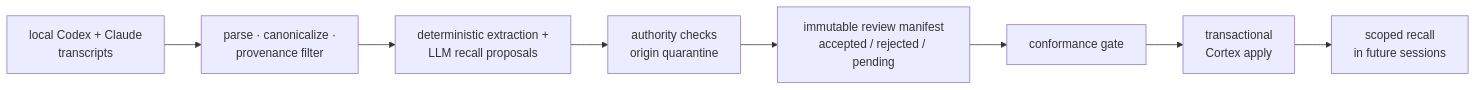
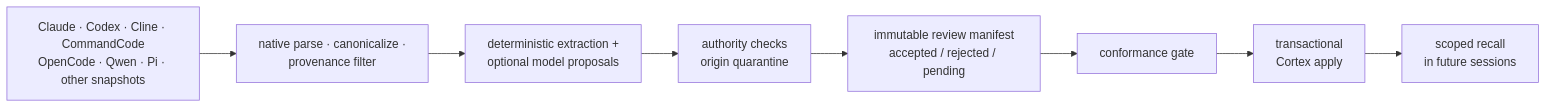
Before and after one commit to Orthic-Labs/Membrane: the diagram in adapt/README.md, drawn with Mermaid. The commit also changed other lines of this file and 121 other files, not shown here.

````diff
--- a/adapt/README.md
+++ b/adapt/README.md
@@ -15,9 +17,9 @@
 ```mermaid
 flowchart LR
-    T[local Codex + Claude<br/>transcripts] --> E[parse · canonicalize ·<br/>provenance filter]
-    E --> S[deterministic extraction +<br/>LLM recall proposals]
+    T[Claude · Codex · Cline · CommandCode<br/>OpenCode · Qwen · Pi · other snapshots] --> E[native parse · canonicalize ·<br/>provenance filter]
+    E --> S[deterministic extraction +<br/>optional model proposals]
     S --> A[authority checks<br/>origin quarantine]
     A --> M[immutable review manifest<br/>accepted / rejected / pending]
     M --> G[conformance gate] --> W[transactional<br/>Cortex apply]
     W --> R[scoped recall<br/>in future sessions]
 ```
````
